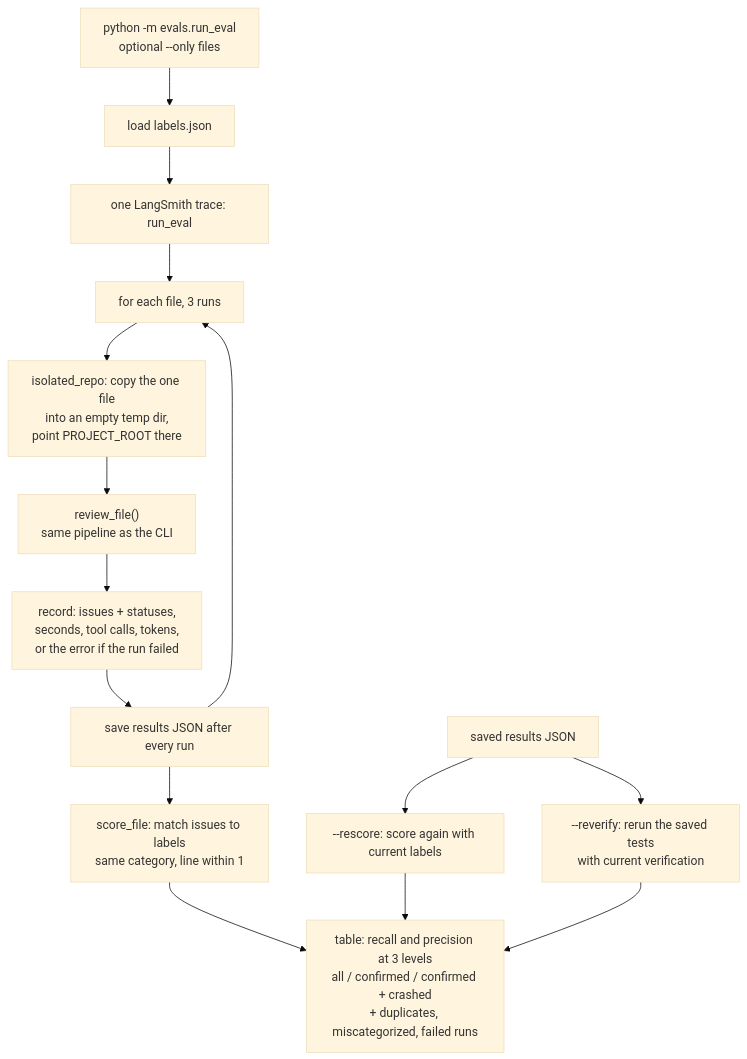
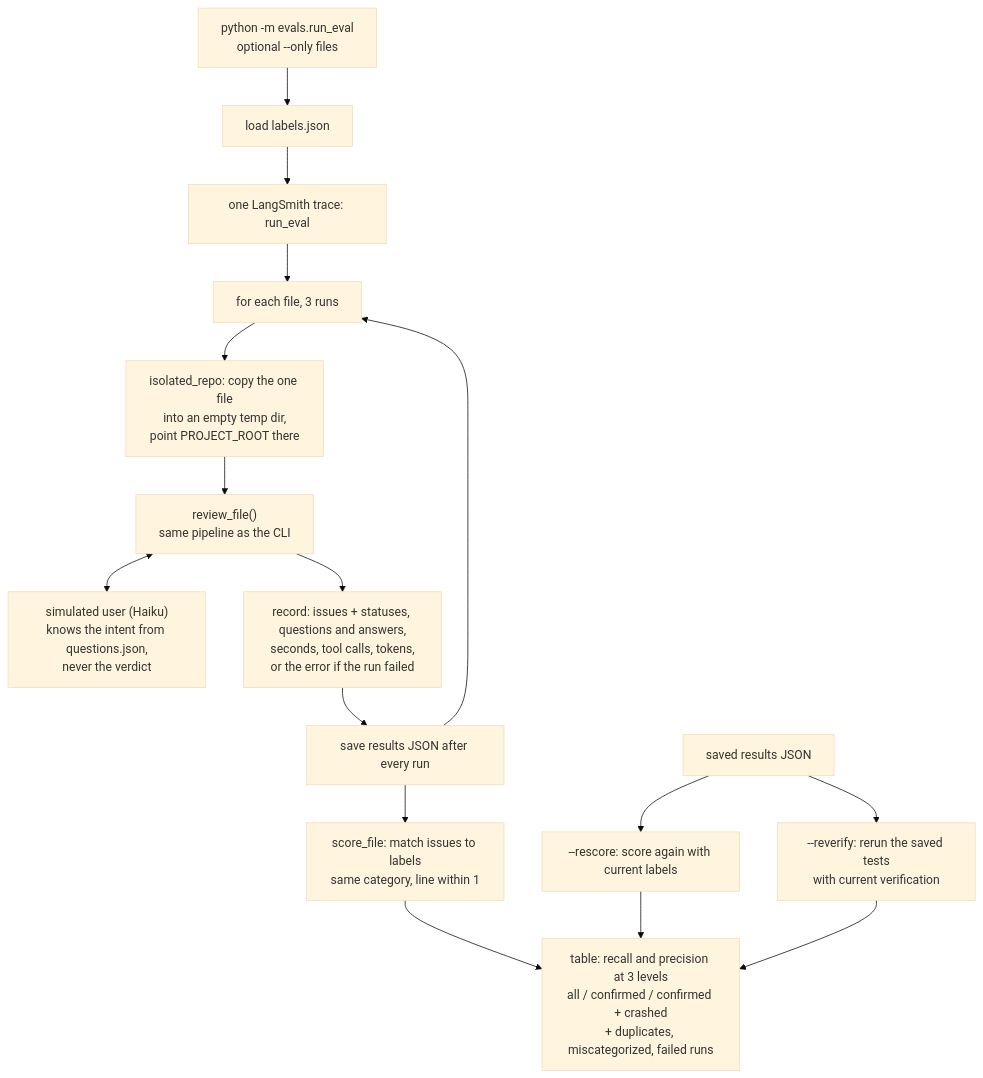
The third of 3 diagrams in docs/pipeline.md (Assaf368/code-reviewer), drawn with Mermaid (base theme) before and after one commit. The commit also changed other lines of this file and 8 other files, not shown here.

First line of the commit message:
Answer the reviewer's questions with a simulated user in the eval

````diff
--- a/docs/pipeline.md
+++ b/docs/pipeline.md
@@ -69,18 +70,19 @@
 ```mermaid
 flowchart TD
     START["python -m evals.run_eval<br/>optional --only files"] --> LABELS["load labels.json"]
     LABELS --> TRACE["one LangSmith trace: run_eval"]
     TRACE --> EACH["for each file, 3 runs"]
     EACH --> ISO["isolated_repo: copy the one file<br/>into an empty temp dir,<br/>point PROJECT_ROOT there"]
     ISO --> REV["review_file()<br/>same pipeline as the CLI"]
-    REV --> REC["record: issues + statuses,<br/>seconds, tool calls, tokens,<br/>or the error if the run failed"]
+    REV <--> SIM["simulated user (Haiku)<br/>knows the intent from questions.json,<br/>never the verdict"]
+    REV --> REC["record: issues + statuses, questions and answers,<br/>seconds, tool calls, tokens,<br/>or the error if the run failed"]
     REC --> SAVE["save results JSON after every run"]
     SAVE --> EACH
     SAVE --> SCORE["score_file: match issues to labels<br/>same category, line within 1"]
     SCORE --> TABLE["table: recall and precision at 3 levels<br/>all / confirmed / confirmed + crashed<br/>+ duplicates, miscategorized, failed runs"]
 
     OLD["saved results JSON"] --> RESCORE["--rescore: score again with current labels"]
     OLD --> REVERIFY["--reverify: rerun the saved tests<br/>with current verification"]
     RESCORE --> TABLE
     REVERIFY --> TABLE
 ```
````
